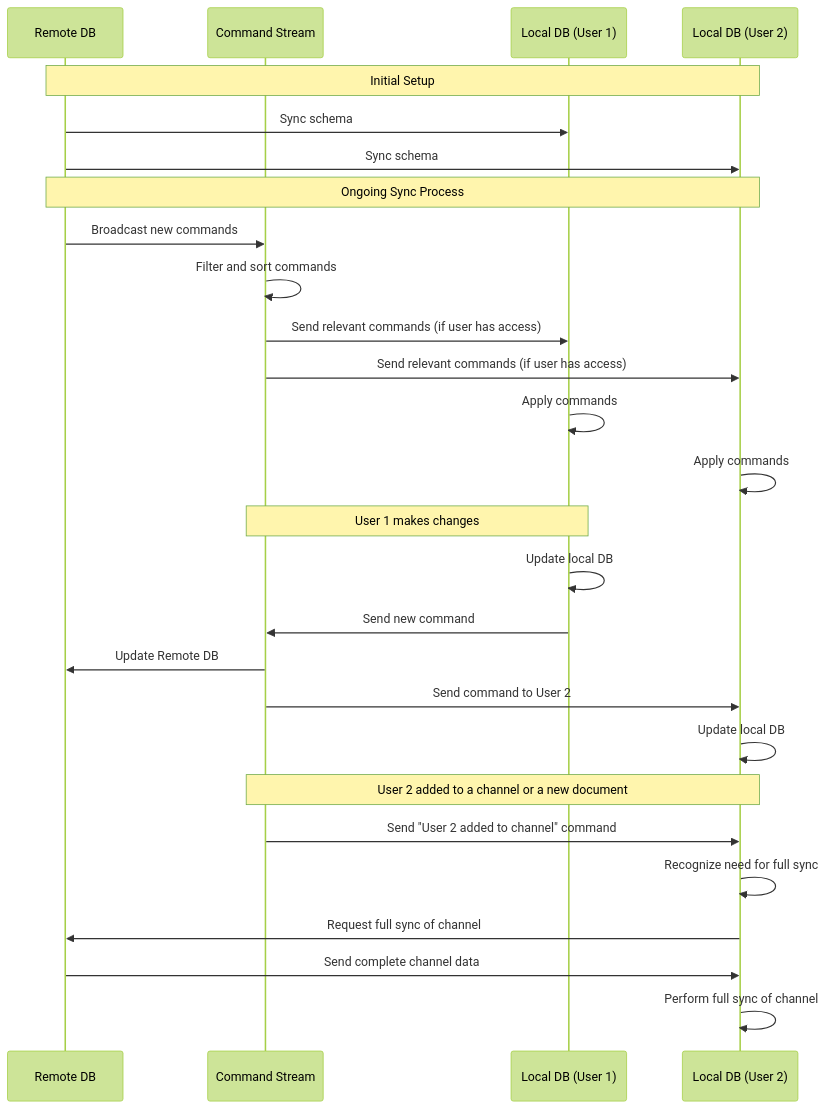
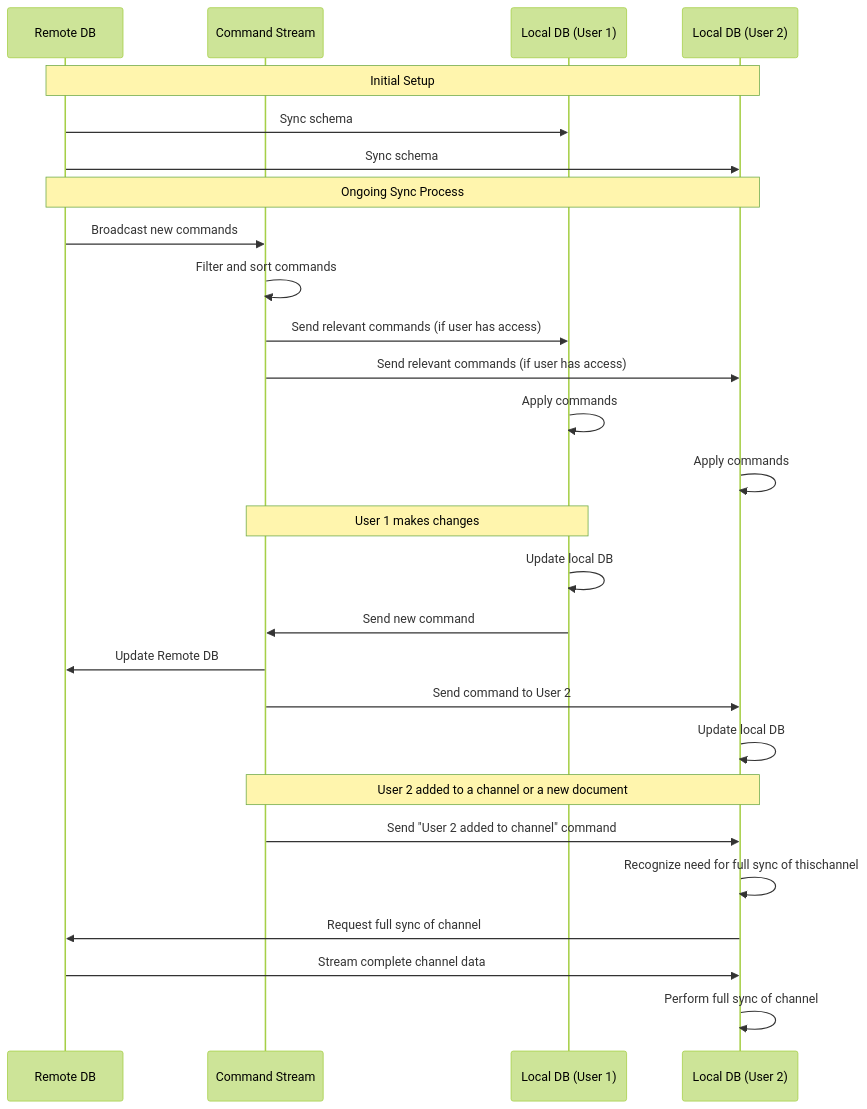
The first of 2 diagrams in README.md (KATT/09-26-playing), drawn with Mermaid (forest theme) before and after one commit. The commit also changed other lines of this file, not shown here.

````diff
--- a/README.md
+++ b/README.md
@@ -12,33 +12,33 @@
 ```mermaid
 sequenceDiagram
     participant RDB as Remote DB
     participant CS as Command Stream
     participant LDB1 as Local DB (User 1)
     participant LDB2 as Local DB (User 2)
 
     Note over RDB,LDB2: Initial Setup
     RDB->>LDB1: Sync schema
     RDB->>LDB2: Sync schema
 
     Note over RDB,LDB2: Ongoing Sync Process
     RDB->>CS: Broadcast new commands
     CS->>CS: Filter and sort commands
     CS->>LDB1: Send relevant commands (if user has access)
     CS->>LDB2: Send relevant commands (if user has access)
     LDB1->>LDB1: Apply commands
     LDB2->>LDB2: Apply commands
     Note over LDB1,CS: User 1 makes changes
     LDB1->>LDB1: Update local DB
     LDB1->>CS: Send new command
     CS->>RDB: Update Remote DB
     CS->>LDB2: Send command to User 2
     LDB2->>LDB2: Update local DB
 
     Note over CS,LDB2: User 2 added to a channel or a new document
     CS->>LDB2: Send "User 2 added to channel" command
-    LDB2->>LDB2: Recognize need for full sync
+    LDB2->>LDB2: Recognize need for full sync of thischannel
     LDB2->>RDB: Request full sync of channel
-    RDB->>LDB2: Send complete channel data
+    RDB->>LDB2: Stream complete channel data
     LDB2->>LDB2: Perform full sync of channel
 
 ```
````
